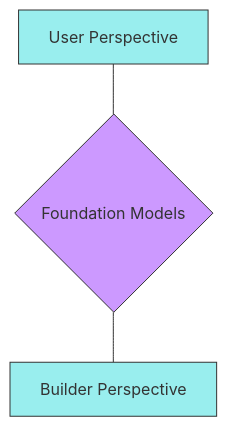
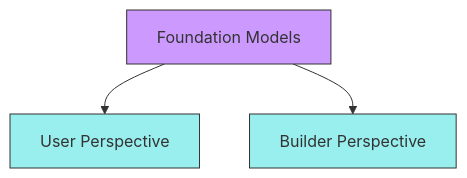
Before and after one commit to Saha-7/Generative-AI-using-LangChain-CampusX: the second of 2 diagrams in README.md, drawn with Mermaid.

````diff
--- a/README.md
+++ b/README.md
@@ -33,8 +33,9 @@
 ```mermaid
 flowchart TD
-    A["User Perspective"] --- B{"Foundation Models"} --- C["Builder Perspective"]
+    A["Foundation Models"] --> B["User Perspective"]
+    A --> C["Builder Perspective"]
 
-    style A fill:#9ee,stroke:#333,stroke-width:1px
-    style B fill:#c9f,stroke:#333,stroke-width:1px
+    style A fill:#c9f,stroke:#333,stroke-width:1px
+    style B fill:#9ee,stroke:#333,stroke-width:1px
     style C fill:#9ee,stroke:#333,stroke-width:1px
 ```
````
